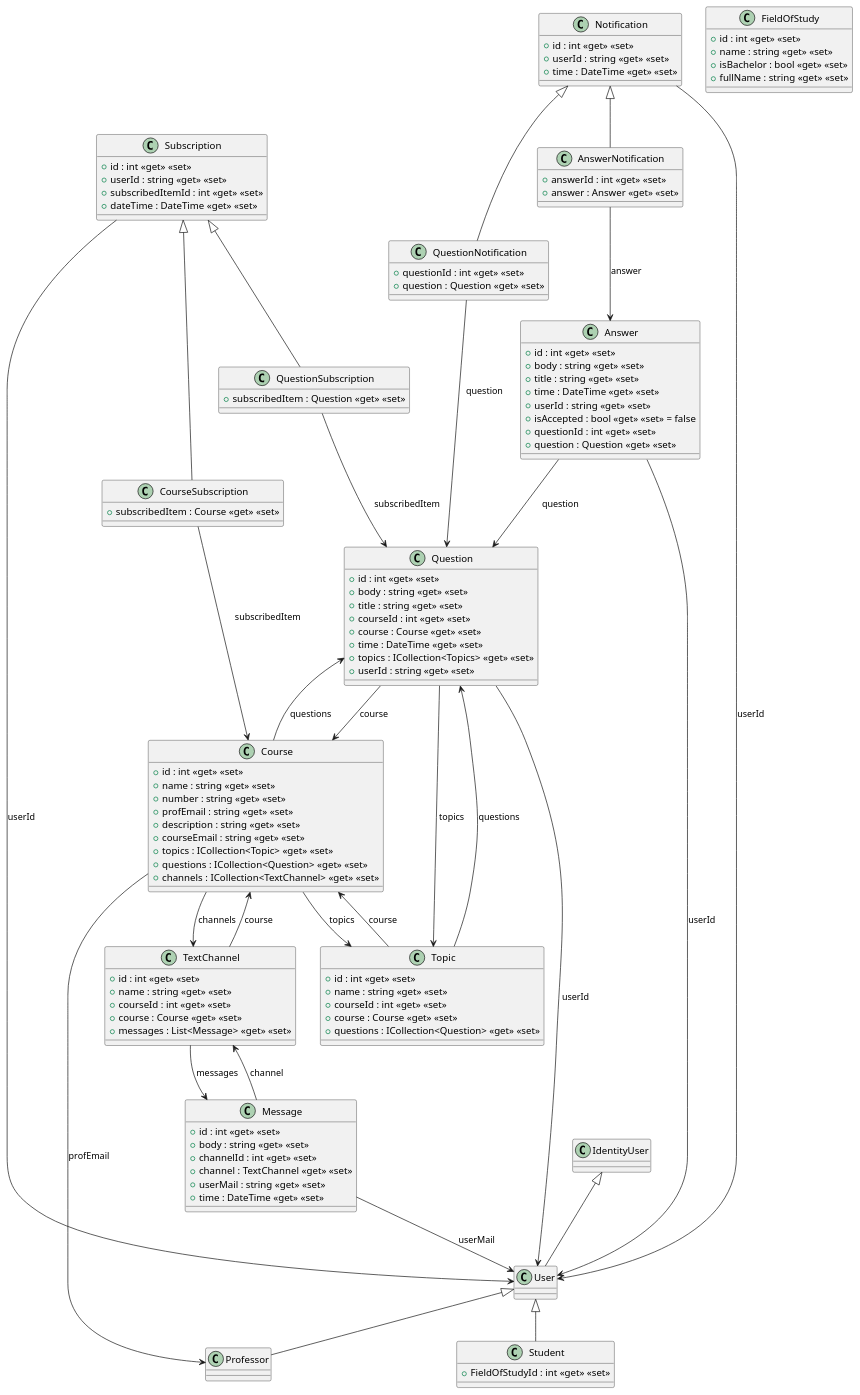
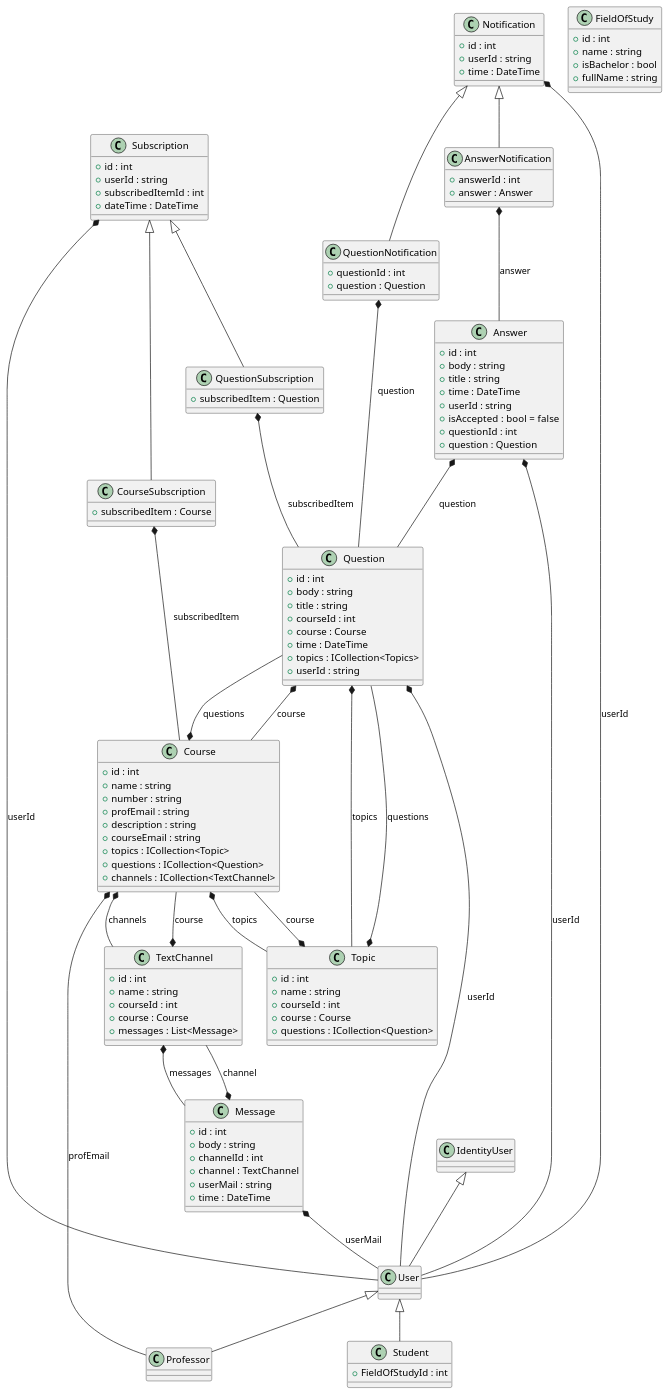
The diagram in Diagrams/Class_Diagrams/New/ClassDiagram_Models.puml (Singh-Kiran-P/StuNet), drawn with PlantUML before and after one commit. The commit also changed 23 other files, not shown here.

Commit message:
Diagrams export

```diff
--- a/Diagrams/Class_Diagrams/New/ClassDiagram_Models.puml
+++ b/Diagrams/Class_Diagrams/New/ClassDiagram_Models.puml
@@ -1,144 +1,144 @@
 @startuml
 class Answer {
-    + id : int <<get>> <<set>>
-    + body : string <<get>> <<set>>
-    + title : string <<get>> <<set>>
-    + time : DateTime <<get>> <<set>>
-    + userId : string <<get>> <<set>>
-    + isAccepted : bool <<get>> <<set>> = false
-    + questionId : int <<get>> <<set>>
-    + question : Question <<get>> <<set>>
+    + id : int 
+    + body : string 
+    + title : string 
+    + time : DateTime 
+    + userId : string 
+    + isAccepted : bool  = false
+    + questionId : int 
+    + question : Question 
 }
-Answer --> Question: "question"
-Answer --> User: "userId"
+Answer *-- Question: "question"
+Answer *-- User: "userId"
 
 
 class Course {
-    + id : int <<get>> <<set>>
-    + name : string <<get>> <<set>>
-    + number : string <<get>> <<set>>
-    + profEmail : string <<get>> <<set>>
-    + description : string <<get>> <<set>>
-    + courseEmail : string <<get>> <<set>>
-    + topics : ICollection<Topic> <<get>> <<set>>
-    + questions : ICollection<Question> <<get>> <<set>>
-    + channels : ICollection<TextChannel> <<get>> <<set>>
+    + id : int 
+    + name : string 
+    + number : string 
+    + profEmail : string 
+    + description : string 
+    + courseEmail : string 
+    + topics : ICollection<Topic> 
+    + questions : ICollection<Question> 
+    + channels : ICollection<TextChannel> 
 }
-Course --> Topic: "topics"
-Course --> Question: "questions"
-Course --> TextChannel: "channels"
-Course --> Professor: "profEmail"
+Course *-- Topic: "topics"
+Course *-- Question: "questions"
+Course *-- TextChannel: "channels"
+Course *-- Professor: "profEmail"
 
 
 class FieldOfStudy {
-    + id : int <<get>> <<set>>
-    + name : string <<get>> <<set>>
-    + isBachelor : bool <<get>> <<set>>
-    + fullName : string <<get>> <<set>>
+    + id : int 
+    + name : string 
+    + isBachelor : bool 
+    + fullName : string 
 }
 
 
 class Message {
-    + id : int <<get>> <<set>>
-    + body : string <<get>> <<set>>
-    + channelId : int <<get>> <<set>>
-    + channel : TextChannel <<get>> <<set>>
-    + userMail : string <<get>> <<set>>
-    + time : DateTime <<get>> <<set>>
+    + id : int 
+    + body : string 
+    + channelId : int 
+    + channel : TextChannel 
+    + userMail : string 
+    + time : DateTime 
 }
-Message --> TextChannel: "channel"
-Message --> User: "userMail"
+Message *-- TextChannel: "channel"
+Message *-- User: "userMail"
 
 
 class Notification {
-    + id : int <<get>> <<set>>
-    + userId : string <<get>> <<set>>
-    + time : DateTime <<get>> <<set>>
+    + id : int 
+    + userId : string 
+    + time : DateTime 
 }
 class AnswerNotification {
-    + answerId : int <<get>> <<set>>
-    + answer : Answer <<get>> <<set>>
+    + answerId : int 
+    + answer : Answer 
 }
 class QuestionNotification {
-    + questionId : int <<get>> <<set>>
-    + question : Question <<get>> <<set>>
+    + questionId : int 
+    + question : Question 
 }
-Notification --> User: "userId"
+Notification *-- User: "userId"
 Notification <|-- AnswerNotification
 Notification <|-- QuestionNotification
-AnswerNotification --> Answer: "answer"
-QuestionNotification --> Question: "question"
+AnswerNotification *-- Answer: "answer"
+QuestionNotification *-- Question: "question"
 
 
 class Question {
-    + id : int <<get>> <<set>>
-    + body : string <<get>> <<set>>
-    + title : string <<get>> <<set>>
-    + courseId : int <<get>> <<set>>
-    + course : Course <<get>> <<set>>
-    + time : DateTime <<get>> <<set>>
-    + topics : ICollection<Topics> <<get>> <<set>>
-    + userId : string <<get>> <<set>>
+    + id : int 
+    + body : string 
+    + title : string 
+    + courseId : int 
+    + course : Course 
+    + time : DateTime 
+    + topics : ICollection<Topics> 
+    + userId : string 
 }
 
-Question --> Course: "course"
-Question --> Topic: "topics"
-Question --> User: "userId"
+Question *-- Course: "course"
+Question *-- Topic: "topics"
+Question *-- User: "userId"
 
 
 class Subscription {
-    + id : int <<get>> <<set>>
-    + userId : string <<get>> <<set>>
-    + subscribedItemId : int <<get>> <<set>>
-    + dateTime : DateTime <<get>> <<set>>
+    + id : int 
+    + userId : string 
+    + subscribedItemId : int 
+    + dateTime : DateTime 
 }
 class CourseSubscription {
-    + subscribedItem : Course <<get>> <<set>>
+    + subscribedItem : Course 
 }
 class QuestionSubscription {
-    + subscribedItem : Question <<get>> <<set>>
+    + subscribedItem : Question 
 }
-Subscription --> User: "userId"
+Subscription *-- User: "userId"
 Subscription <|-- CourseSubscription
 Subscription <|-- QuestionSubscription
-CourseSubscription --> Course: "subscribedItem"
-QuestionSubscription --> Question: "subscribedItem"
+CourseSubscription *-- Course: "subscribedItem"
+QuestionSubscription *-- Question: "subscribedItem"
 
 
 class TextChannel {
-    + id : int <<get>> <<set>>
-    + name : string <<get>> <<set>>
-    + courseId : int <<get>> <<set>>
-    + course : Course <<get>> <<set>>
-    + messages : List<Message> <<get>> <<set>>
+    + id : int 
+    + name : string 
+    + courseId : int 
+    + course : Course 
+    + messages : List<Message> 
 }
-TextChannel --> Course: "course"
-TextChannel --> Message: "messages"
+TextChannel *-- Course: "course"
+TextChannel *-- Message: "messages"
 
 
 class Topic {
-    + id : int <<get>> <<set>>
-    + name : string <<get>> <<set>>
-    + courseId : int <<get>> <<set>>
-    + course : Course <<get>> <<set>>
-    + questions : ICollection<Question> <<get>> <<set>>
+    + id : int 
+    + name : string 
+    + courseId : int 
+    + course : Course 
+    + questions : ICollection<Question> 
 }
-Topic --> Course: "course"
-Topic --> Question: "questions"
+Topic *-- Course: "course"
+Topic *-- Question: "questions"
 
 
 class User {
 }
 IdentityUser <|-- User
 
 
 class Professor {
 }
 User <|-- Professor
 
 
 class Student {
-    + FieldOfStudyId : int <<get>> <<set>>
+    + FieldOfStudyId : int 
 }
 User <|-- Student
 @enduml
```
